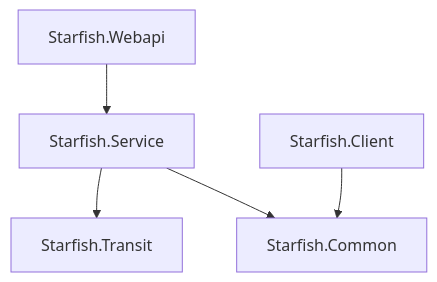
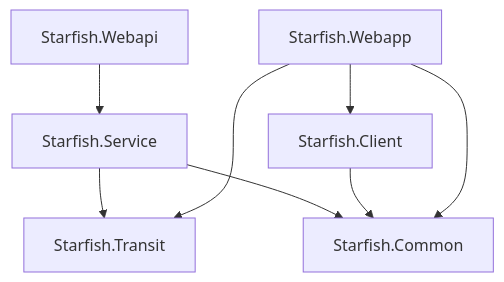
One commit to NerosoftDev/Starfish changed the diagram in README.md. Above: the diagram before and after it, drawn with Mermaid. The commit also changed 1 other file, not shown here.

Commit message:
升级包版本

````diff
--- a/README.md
+++ b/README.md
@@ -92,8 +92,12 @@
 ```mermaid
 graph TD
     Starfish.Webapi --> Starfish.Service
     Starfish.Service --> Starfish.Transit
     Starfish.Service --> Starfish.Common
     
     Starfish.Client --> Starfish.Common
+    
+    Starfish.Webapp --> Starfish.Client
+    Starfish.Webapp --> Starfish.Common
+    Starfish.Webapp --> Starfish.Transit
 ```
````
